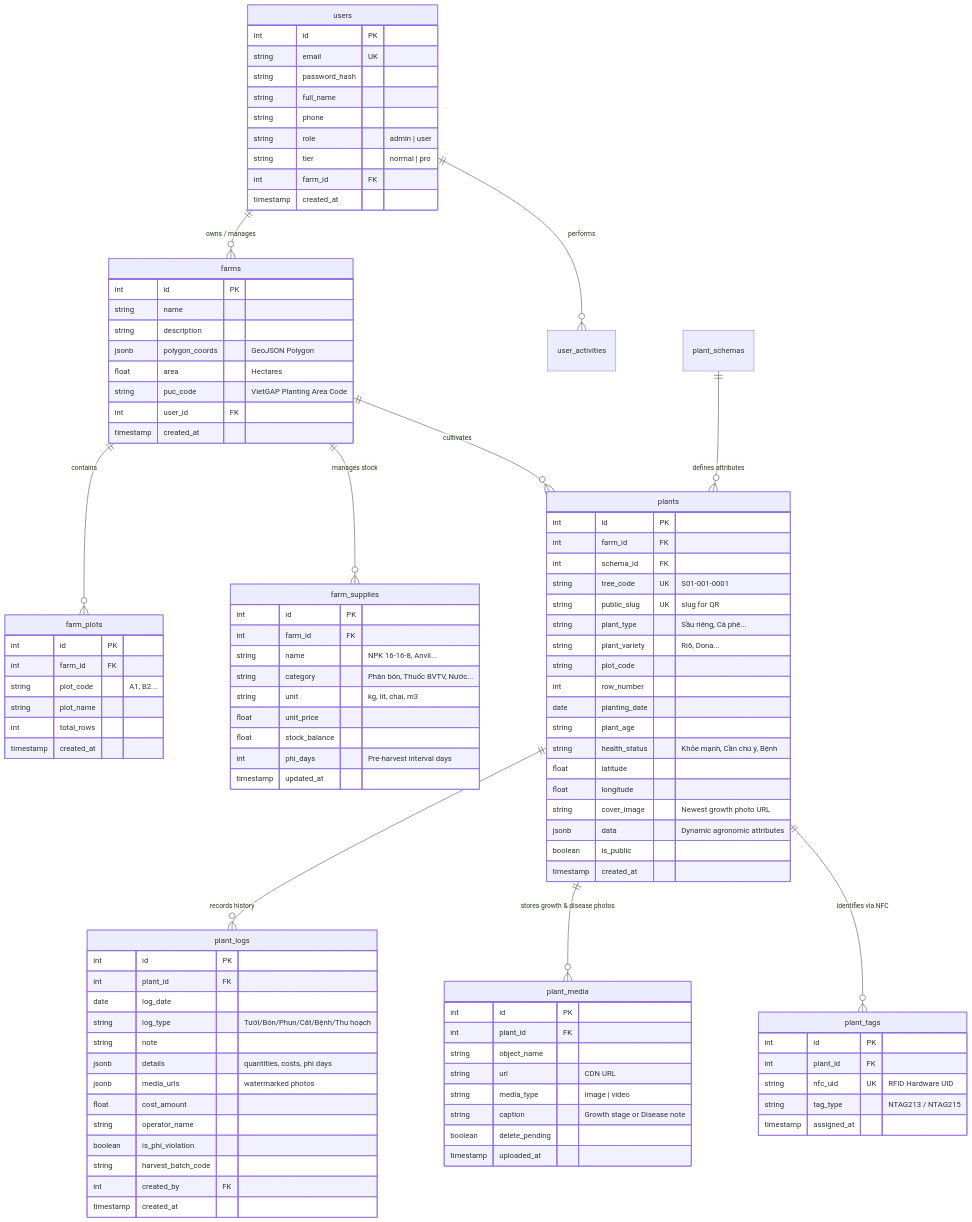
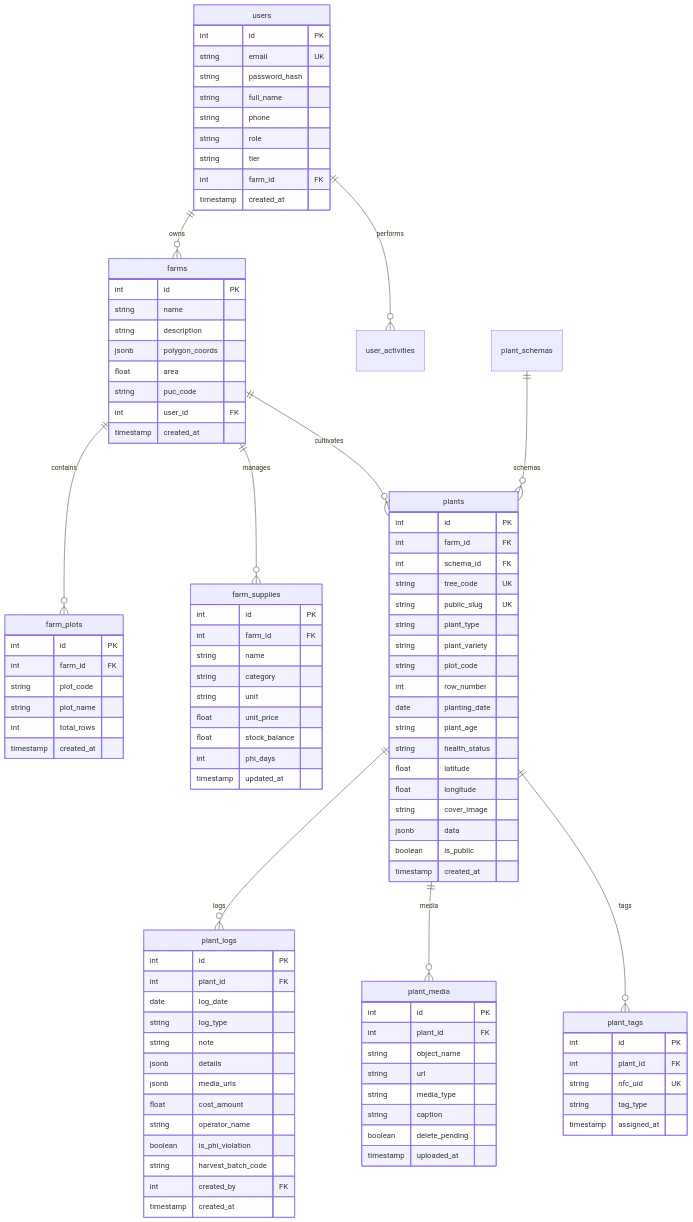
Before and after one commit to Phuc0901-pp/plant-book: diagram 11 of 16 in README.md, drawn with Mermaid. The commit also changed other lines of this file, not shown here.

Commit message:
docs: resolve mermaid parse errors and update enterprise system documentation

````diff
--- a/README.md
+++ b/README.md
@@ -578,16 +578,14 @@
 ```mermaid
 erDiagram
-    users ||--o{ farms : "owns / manages"
-    users ||--o{ user_activities : "performs"
-    farms ||--o{ farm_plots : "contains"
-    farms ||--o{ farm_supplies : "manages stock"
-    farms ||--o{ plants : "cultivates"
-    
-    plant_schemas ||--o{ plants : "defines attributes"
-    
-    plants ||--o{ plant_logs : "records history"
-    plants ||--o{ plant_media : "stores growth & disease photos"
-    plants ||--o{ plant_tags : "identifies via NFC"
+    users ||--o{ farms : owns
+    users ||--o{ user_activities : performs
+    farms ||--o{ farm_plots : contains
+    farms ||--o{ farm_supplies : manages
+    farms ||--o{ plants : cultivates
+    plant_schemas ||--o{ plants : schemas
+    plants ||--o{ plant_logs : logs
+    plants ||--o{ plant_media : media
+    plants ||--o{ plant_tags : tags
     
     users {
         int id PK
@@ -595,8 +593,8 @@
         string password_hash
         string full_name
         string phone
-        string role "admin | user"
-        string tier "normal | pro"
+        string role
+        string tier
         int farm_id FK
         timestamp created_at
     }
@@ -605,9 +603,9 @@
         int id PK
         string name
         string description
-        jsonb polygon_coords "GeoJSON Polygon"
-        float area "Hectares"
-        string puc_code "VietGAP Planting Area Code"
+        jsonb polygon_coords
+        float area
+        string puc_code
         int user_id FK
         timestamp created_at
     }
@@ -615,7 +613,7 @@
     farm_plots {
         int id PK
         int farm_id FK
-        string plot_code "A1, B2..."
+        string plot_code
         string plot_name
         int total_rows
         timestamp created_at
@@ -625,19 +623,19 @@
         int id PK
         int farm_id FK
         int schema_id FK
-        string tree_code UK "S01-001-0001"
-        string public_slug UK "slug for QR"
-        string plant_type "Sầu riêng, Cà phê..."
-        string plant_variety "Ri6, Dona..."
+        string tree_code UK
+        string public_slug UK
+        string plant_type
+        string plant_variety
         string plot_code
         int row_number
         date planting_date
         string plant_age
-        string health_status "Khỏe mạnh, Cần chú ý, Bệnh"
+        string health_status
         float latitude
         float longitude
-        string cover_image "Newest growth photo URL"
-        jsonb data "Dynamic agronomic attributes"
+        string cover_image
+        jsonb data
         boolean is_public
         timestamp created_at
     }
@@ -646,10 +644,10 @@
         int id PK
         int plant_id FK
         date log_date
-        string log_type "Tưới/Bón/Phun/Cắt/Bệnh/Thu hoạch"
+        string log_type
         string note
-        jsonb details "quantities, costs, phi days"
-        jsonb media_urls "watermarked photos"
+        jsonb details
+        jsonb media_urls
         float cost_amount
         string operator_name
         boolean is_phi_violation
@@ -662,9 +660,9 @@
         int id PK
         int plant_id FK
         string object_name
-        string url "CDN URL"
-        string media_type "image | video"
-        string caption "Growth stage or Disease note"
+        string url
+        string media_type
+        string caption
         boolean delete_pending
         timestamp uploaded_at
     }
@@ -672,20 +670,20 @@
     plant_tags {
         int id PK
         int plant_id FK
-        string nfc_uid UK "RFID Hardware UID"
-        string tag_type "NTAG213 / NTAG215"
+        string nfc_uid UK
+        string tag_type
         timestamp assigned_at
     }
 
     farm_supplies {
         int id PK
         int farm_id FK
-        string name "NPK 16-16-8, Anvil..."
-        string category "Phân bón, Thuốc BVTV, Nước..."
-        string unit "kg, lít, chai, m3"
+        string name
+        string category
+        string unit
         float unit_price
         float stock_balance
-        int phi_days "Pre-harvest interval days"
+        int phi_days
         timestamp updated_at
     }
 ```
````
